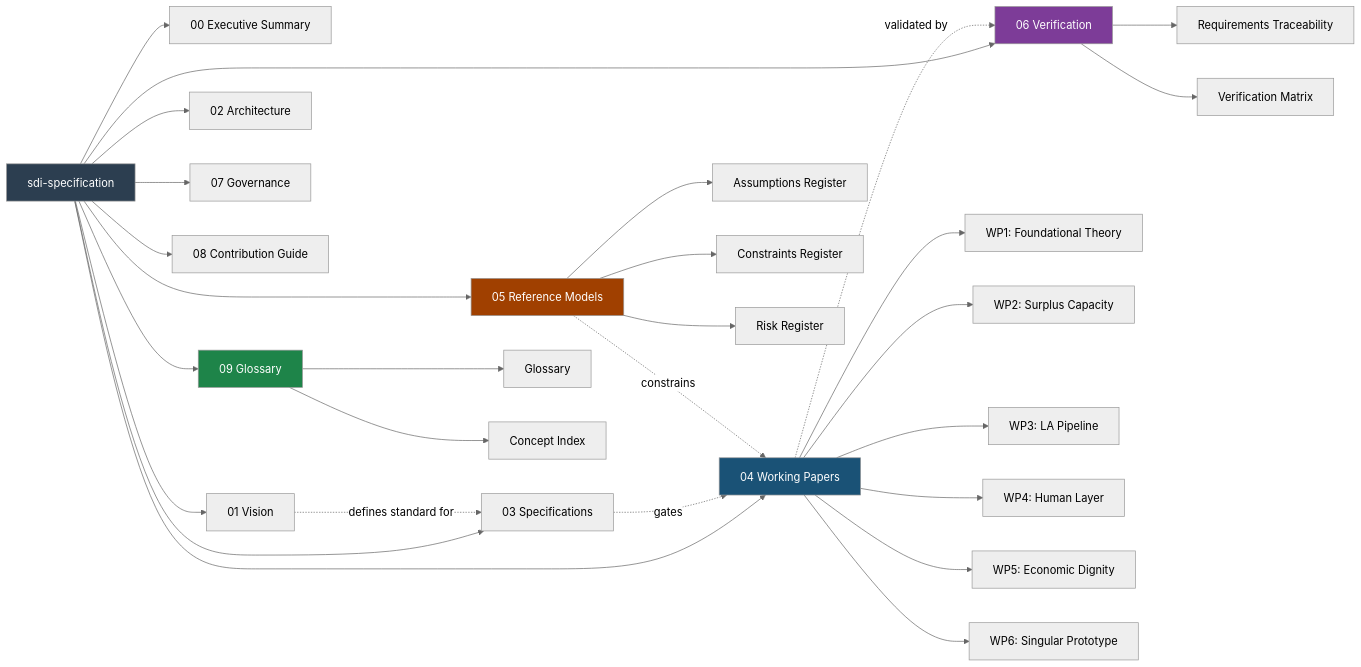
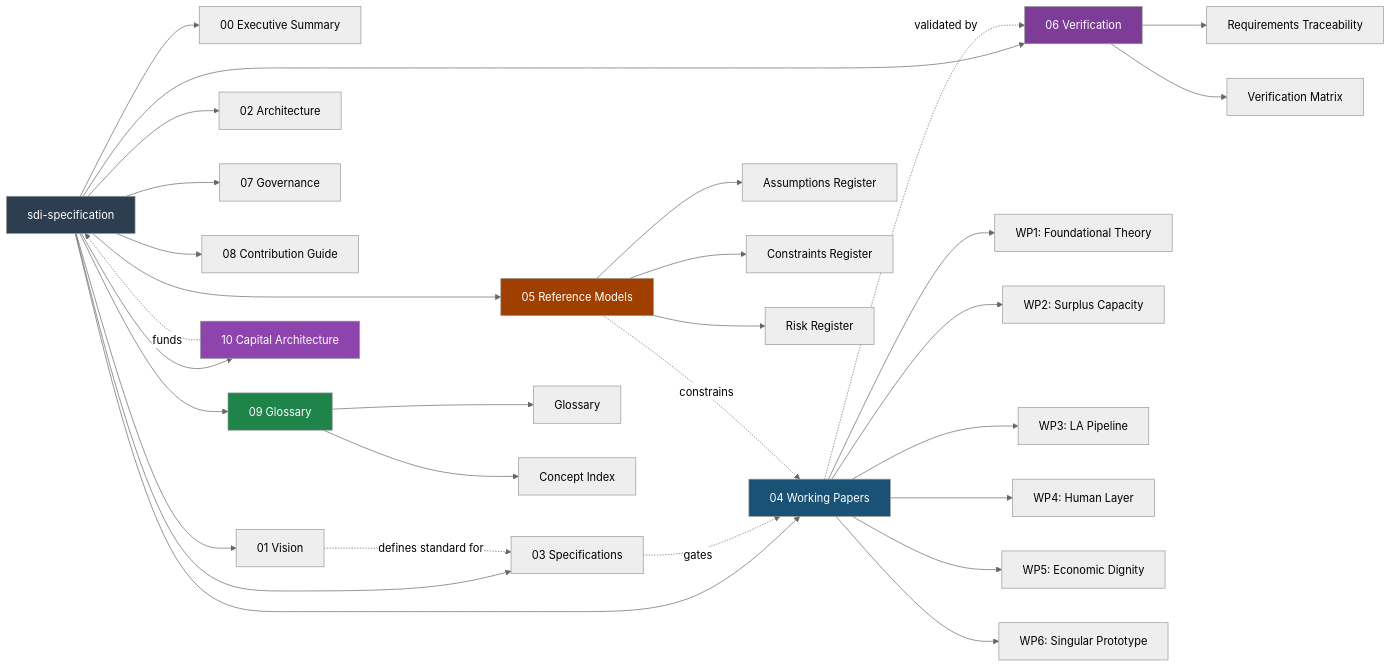
One commit to Systemic-Dignity-Infrastructure/sdi-specification changed the second of 2 diagrams in 02_architecture/ARCHITECTURE_DIAGRAMS.md. Above: the diagram before and after it, drawn with Mermaid (neutral theme). The commit also changed other lines of this file and 1 other file, not shown here.

First line of the commit message:
Structural Hardening: Synchronize ARCHITECTURE_DIAGRAMS.md

````diff
--- a/02_architecture/ARCHITECTURE_DIAGRAMS.md
+++ b/02_architecture/ARCHITECTURE_DIAGRAMS.md
@@ -34,41 +50,44 @@
 ```mermaid
 flowchart LR
     ROOT["sdi-specification"] --> ES["00 Executive Summary"]
     ROOT --> VIS["01 Vision"]
     ROOT --> ARCH["02 Architecture"]
     ROOT --> SPEC["03 Specifications"]
     ROOT --> WP["04 Working Papers"]
     ROOT --> REF["05 Reference Models"]
     ROOT --> VER["06 Verification"]
     ROOT --> GOV["07 Governance"]
     ROOT --> CONT["08 Contribution Guide"]
     ROOT --> GLOS["09 Glossary"]
+    ROOT --> CAP["10 Capital Architecture"]
 
     WP --> WP1["WP1: Foundational Theory"]
     WP --> WP2["WP2: Surplus Capacity"]
     WP --> WP3["WP3: LA Pipeline"]
     WP --> WP4["WP4: Human Layer"]
     WP --> WP5["WP5: Economic Dignity"]
     WP --> WP6["WP6: Singular Prototype"]
 
     REF --> ASM["Assumptions Register"]
     REF --> CST["Constraints Register"]
     REF --> RSK["Risk Register"]
 
     VER --> RTM["Requirements Traceability"]
     VER --> VMX["Verification Matrix"]
 
     GLOS --> GLO["Glossary"]
     GLOS --> CIX["Concept Index"]
 
     VIS -.->|"defines standard for"| SPEC
     SPEC -.->|"gates"| WP
     WP -.->|"validated by"| VER
     REF -.->|"constrains"| WP
+    CAP -.->|"funds"| ROOT
 
     style ROOT fill:#2C3E50,color:#fff
     style WP fill:#1a5276,color:#fff
     style VER fill:#7D3C98,color:#fff
     style REF fill:#A04000,color:#fff
     style GLOS fill:#1E8449,color:#fff
+    style CAP fill:#8E44AD,color:#fff
 ```
````
